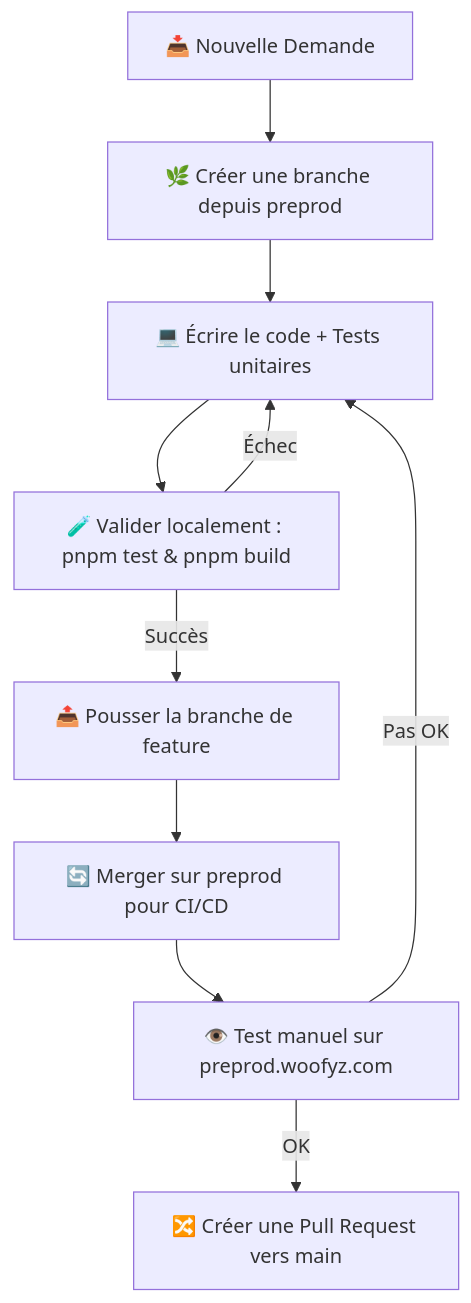
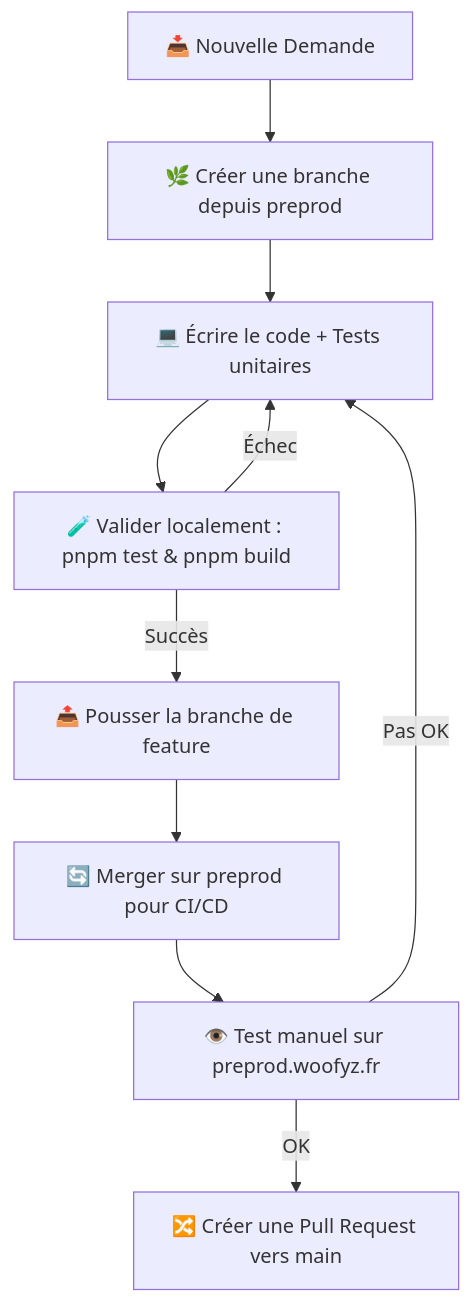
One commit to Misterhit0/doggle changed the diagram in AI_INSTRUCTIONS.md. Above: the diagram before and after it, drawn with Mermaid. The commit also changed other lines of this file and 9 other files, not shown here.

````diff
--- a/AI_INSTRUCTIONS.md
+++ b/AI_INSTRUCTIONS.md
@@ -9,12 +9,12 @@
 ```mermaid
 graph TD
     Start[📥 Nouvelle Demande] --> Branch[🌿 Créer une branche depuis preprod]
     Branch --> Code[💻 Écrire le code + Tests unitaires]
     Code --> TestLocal[🧪 Valider localement : pnpm test & pnpm build]
     TestLocal -->|Échec| Code
     TestLocal -->|Succès| PushBranch[📤 Pousser la branche de feature]
     PushBranch --> MergePreprod[🔄 Merger sur preprod pour CI/CD]
-    MergePreprod --> TestManual[👁️ Test manuel sur preprod.woofyz.com]
+    MergePreprod --> TestManual[👁️ Test manuel sur preprod.woofyz.fr]
     TestManual -->|Pas OK| Code
     TestManual -->|OK| PRMain[🔀 Créer une Pull Request vers main]
 ```
````
